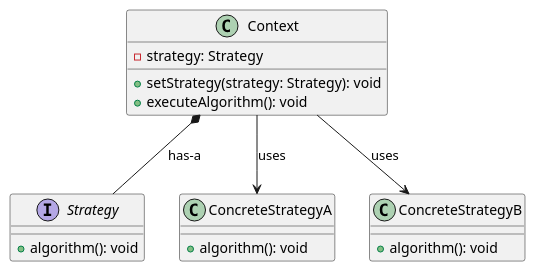
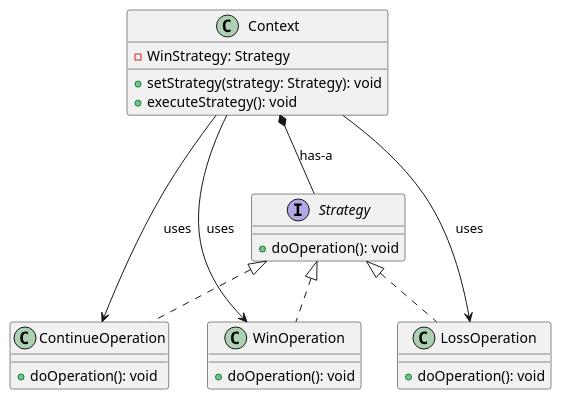
Before and after one commit to diya-he/TennisGame: the diagram in src/main/java/PoolGame/diagram/strategy.puml, drawn with PlantUML. The commit also changed 1 other file, not shown here.

```diff
--- a/src/main/java/PoolGame/diagram/strategy.puml
+++ b/src/main/java/PoolGame/diagram/strategy.puml
@@ -1,26 +1,35 @@
 @startuml
 
 interface Strategy {
-  + algorithm(): void
+  + doOperation(): void
 }
 
-class ConcreteStrategyA {
-  + algorithm(): void
+class ContinueOperation {
+  + doOperation(): void
 }
 
-class ConcreteStrategyB {
-  + algorithm(): void
+class LossOperation {
+  + doOperation(): void
+}
+
+class WinOperation {
+  + doOperation(): void
 }
 
 class Context {
-  - strategy: Strategy
+  - WinStrategy: Strategy
   + setStrategy(strategy: Strategy): void
-  + executeAlgorithm(): void
+  + executeStrategy(): void
 }
 
 Context *-- Strategy : has-a
 
-Context --> ConcreteStrategyA : uses
-Context --> ConcreteStrategyB : uses
+Context --> ContinueOperation : uses
+Context --> LossOperation : uses
+Context --> WinOperation : uses
+
+class WinOperation implements Strategy
+class LossOperation implements Strategy
+class ContinueOperation implements Strategy
 
 @enduml
```
